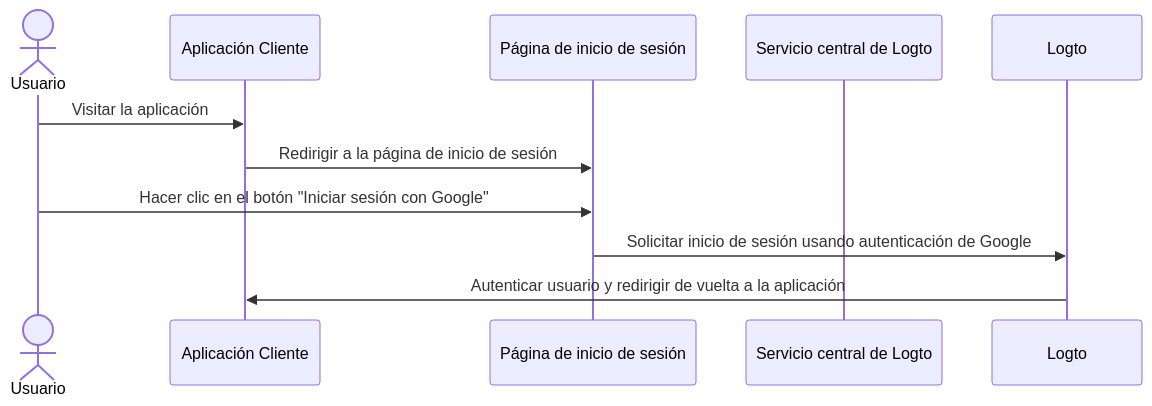
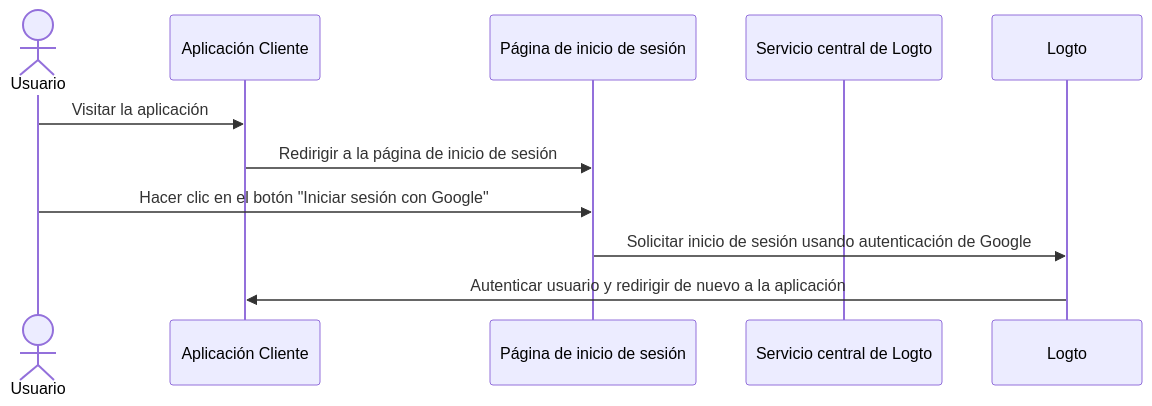
One commit to logto-io/docs changed the second of 5 diagrams in i18n/es/docusaurus-plugin-content-docs/current/end-user-flows/sign-up-and-sign-in/social-sign-in.mdx. Above: the diagram before and after it, drawn with Mermaid. The commit also changed other lines of this file and 234 other files, not shown here.

````diff
--- a/i18n/es/docusaurus-plugin-content-docs/current/end-user-flows/sign-up-and-sign-in/social-sign-in.mdx
+++ b/i18n/es/docusaurus-plugin-content-docs/current/end-user-flows/sign-up-and-sign-in/social-sign-in.mdx
@@ -72,13 +72,13 @@
 ```mermaid
 sequenceDiagram
 actor user as Usuario
     participant app as Aplicación Cliente
     participant experience as Página de inicio de sesión
     participant logto as Servicio central de Logto
 
     user->>app: Visitar la aplicación
     app->>experience: Redirigir a la página de inicio de sesión
     user->>experience: Hacer clic en el botón "Iniciar sesión con Google"
     experience->>Logto: Solicitar inicio de sesión usando autenticación de Google
-    Logto->>app: Autenticar usuario y redirigir de vuelta a la aplicación
+    Logto->>app: Autenticar usuario y redirigir de nuevo a la aplicación
 ```
````
